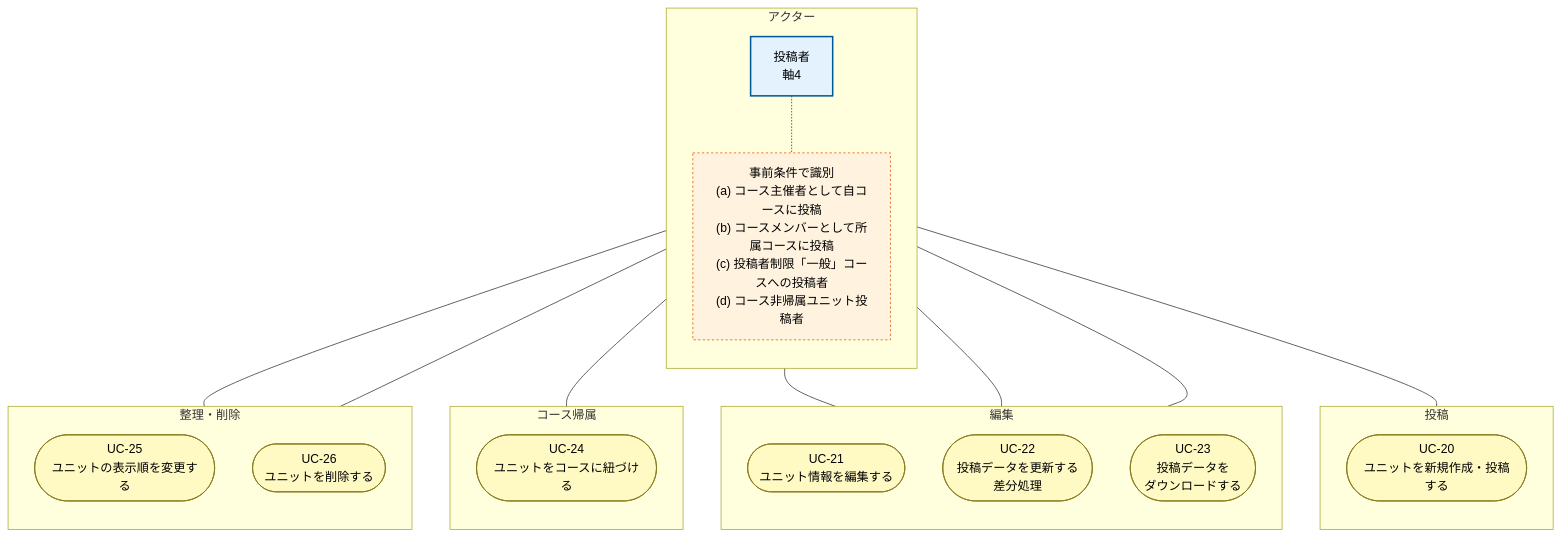
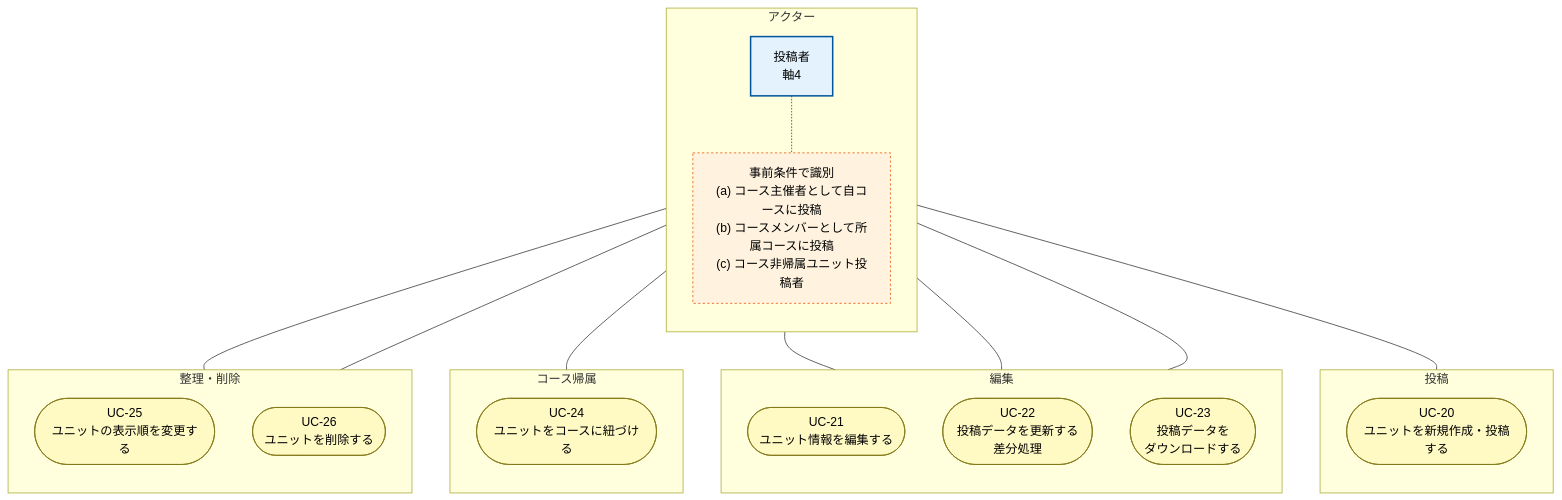
Before and after one commit to topicmaker-git/Pages: the diagram in choi/学習者アプリ_ユースケース図/学習者アプリ_ユースケース図_U6_マイユニット投稿.mmd, drawn with Mermaid. The commit also changed 7 other files, not shown here.

```diff
--- a/choi/学習者アプリ_ユースケース図/学習者アプリ_ユースケース図_U6_マイユニット投稿.mmd
+++ b/choi/学習者アプリ_ユースケース図/学習者アプリ_ユースケース図_U6_マイユニット投稿.mmd
@@ -1,45 +1,45 @@
 flowchart TB
 
 classDef actor fill:#e3f2fd,stroke:#01579b,stroke-width:2px,color:#000
 classDef uc fill:#fff9c4,stroke:#827717,stroke-width:1px,color:#000
 classDef note fill:#fff3e0,stroke:#e65100,stroke-width:1px,stroke-dasharray:3 3,color:#000
 
 subgraph A_Actors["アクター"]
     direction TB
     Poster["投稿者<br/>軸4"]:::actor
-    PosterNote["事前条件で識別<br/>(a) コース主催者として自コースに投稿<br/>(b) コースメンバーとして所属コースに投稿<br/>(c) 投稿者制限「一般」コースへの投稿者<br/>(d) コース非帰属ユニット投稿者"]:::note
+    PosterNote["事前条件で識別<br/>(a) コース主催者として自コースに投稿<br/>(b) コースメンバーとして所属コースに投稿<br/>(c) コース非帰属ユニット投稿者"]:::note
     Poster -.- PosterNote
 end
 
 subgraph UC_Post["投稿"]
     direction TB
     UC20(["UC-20<br/>ユニットを新規作成・投稿する"])
 end
 
 subgraph UC_Edit["編集"]
     direction TB
     UC21(["UC-21<br/>ユニット情報を編集する"])
     UC22(["UC-22<br/>投稿データを更新する<br/>差分処理"])
     UC23(["UC-23<br/>投稿データを<br/>ダウンロードする"])
 end
 
 subgraph UC_Course["コース帰属"]
     direction TB
     UC24(["UC-24<br/>ユニットをコースに紐づける"])
 end
 
 subgraph UC_Org["整理・削除"]
     direction TB
     UC25(["UC-25<br/>ユニットの表示順を変更する"])
     UC26(["UC-26<br/>ユニットを削除する"])
 end
 
 Poster --- UC20
 Poster --- UC21
 Poster --- UC22
 Poster --- UC23
 Poster --- UC24
 Poster --- UC25
 Poster --- UC26
 
 class UC20,UC21,UC22,UC23,UC24,UC25,UC26 uc
```
